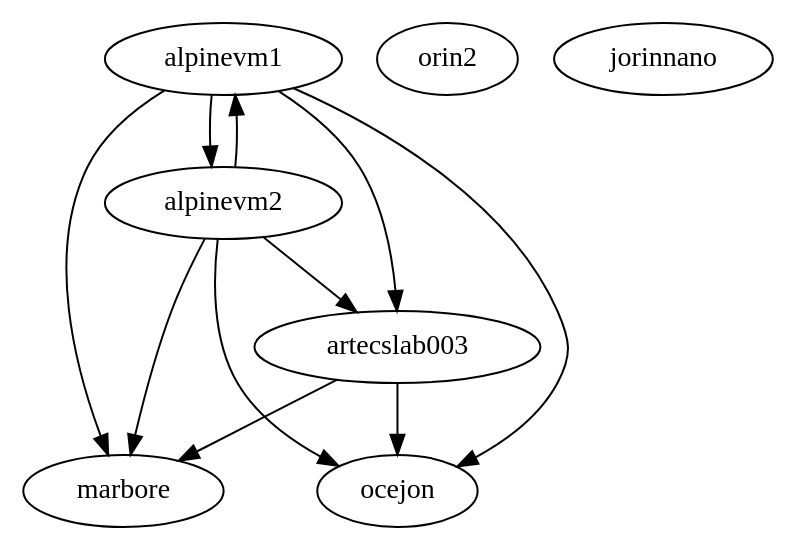
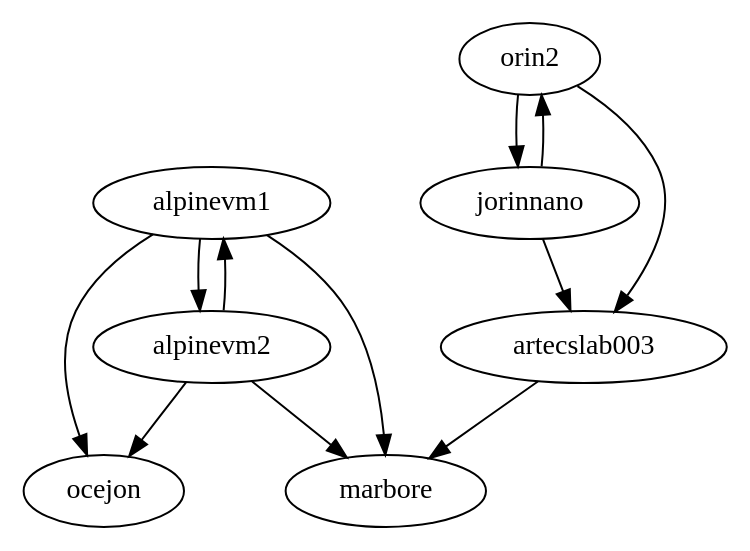
One commit to gulis1/planificacion-inferencia-edge changed the diagram in triton-endpoint-controller/tservice_controller/input.dot. Above: the diagram before and after it, drawn with Graphviz. The commit also changed 17 other files, not shown here.

```diff
--- a/triton-endpoint-controller/tservice_controller/input.dot
+++ b/triton-endpoint-controller/tservice_controller/input.dot
@@ -1,20 +1,19 @@
 digraph G {
-  //marbore -> artecslab003
-  //marbore -> ocejon
 
   artecslab003 -> marbore
-  artecslab003 -> ocejon
+  //artecslab003 -> ocejon
   
+  orin2 -> jorinnano
+  orin2 -> artecslab003
+
+  jorinnano ->  orin2
+  jorinnano -> artecslab003
+
   alpinevm1 -> marbore
   alpinevm1 -> ocejon
-  alpinevm1 -> artecslab003
   alpinevm1 -> alpinevm2
-  
+
   alpinevm2 -> marbore
   alpinevm2 -> ocejon
-  alpinevm2 -> artecslab003
   alpinevm2 -> alpinevm1
-
-  orin2
-  jorinnano
 }
```
